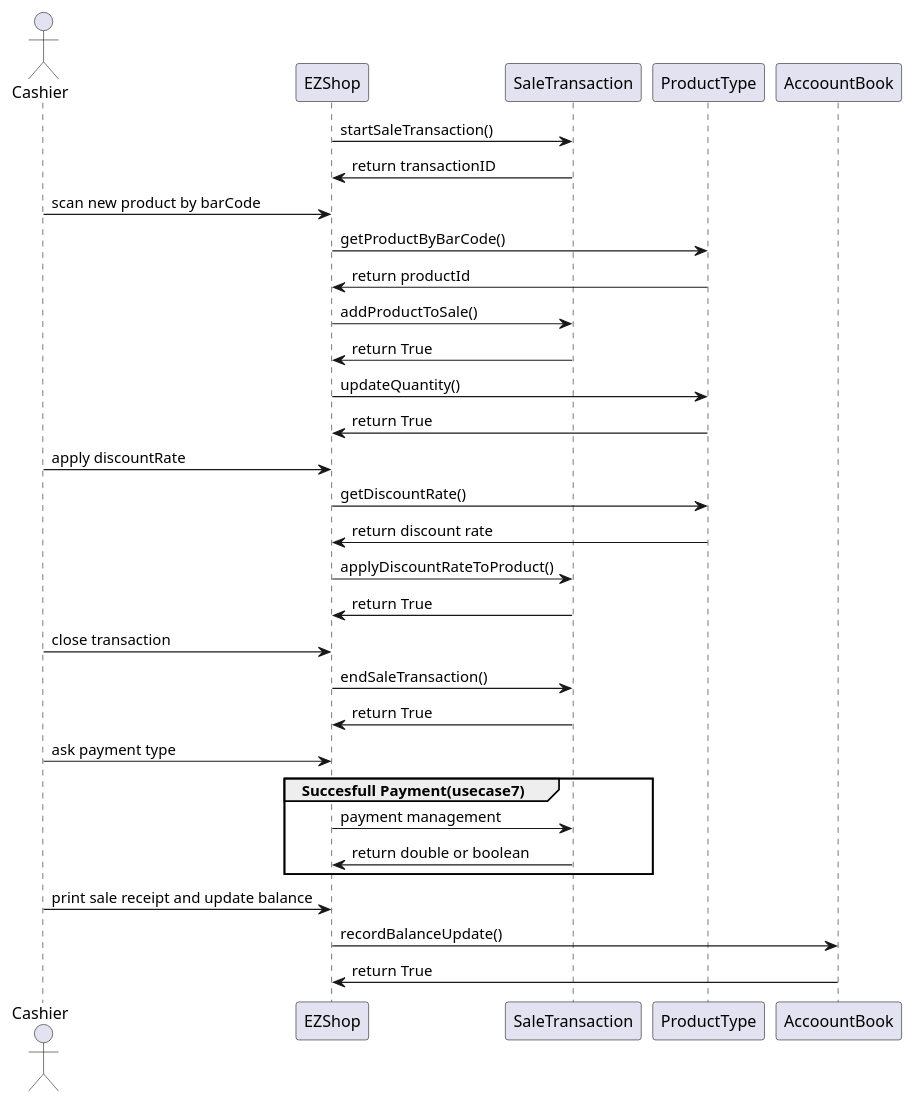
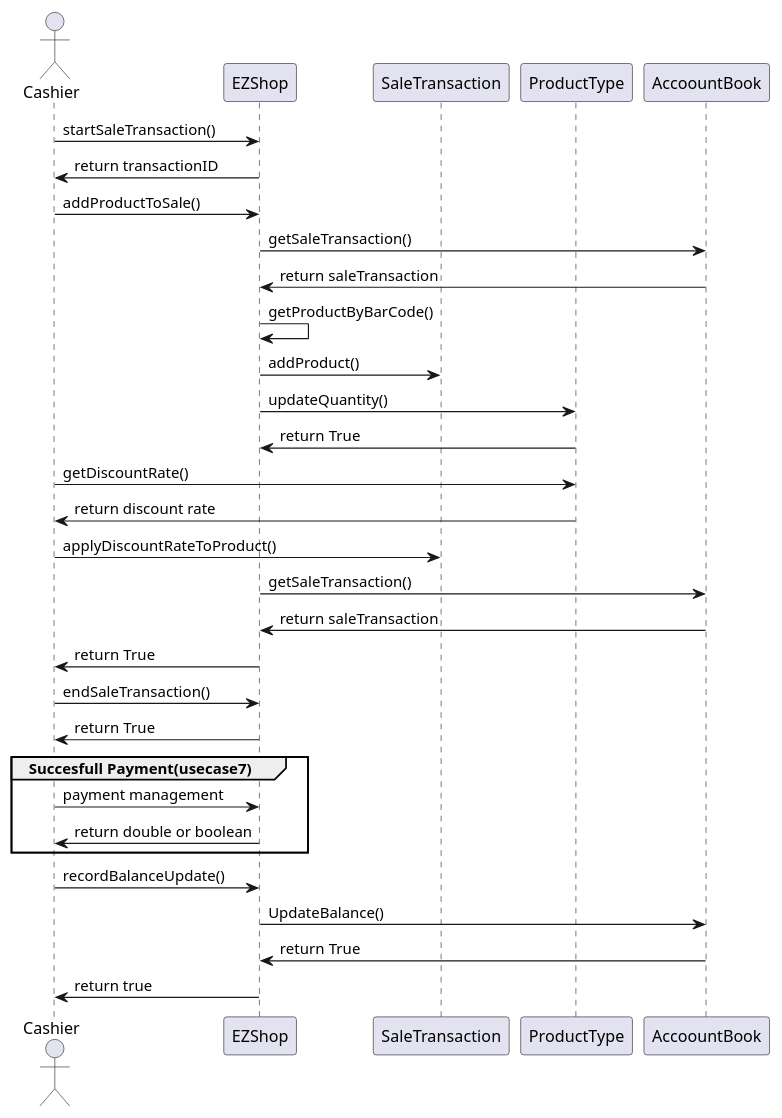
The sixth of 10 diagrams in Deliverables/DesignDocument.md (BMike10/EzShop), drawn with PlantUML before and after one commit. The commit also changed other lines of this file, not shown here.

````diff
--- a/Deliverables/DesignDocument.md
+++ b/Deliverables/DesignDocument.md
@@ -374,46 +375,49 @@
 ```plantuml
 @startuml
-'l'actor non può usare i metodi di EZShop ma solo eseguire azioni che gli competono, ad esempio cliccare su un pulsante e cosi via, dopo di che questa si trasforma in una chiamata ad un metodo in ezshop
-'Inoltre tutte quelle che rappresentano precondition e post condition non devono essere visualizzate(login..)
+
 actor "Cashier" as c
 participant EZShop as ezs
 participant SaleTransaction as st
 participant ProductType as pt
 participant AccoountBook as ab
 ' start new sale transaction
-ezs -> st: startSaleTransaction()
-st -> ezs:return transactionID
-' get product by barCode
-c -> ezs:scan new product by barCode
-ezs -> pt:getProductByBarCode()
-pt -> ezs:return productId
+c -> ezs: startSaleTransaction()
+ezs -> c:return transactionID
+'pt -> ezs:return productId
 ' add new product to saleTransaction(succesfull)
 ' update available quantity(succesfull)
-ezs -> st:addProductToSale()
-st -> ezs:return True
+c -> ezs:addProductToSale()
+' get product by barCode
+ezs -> ab:getSaleTransaction()
+ab -> ezs:return saleTransaction
+ezs -> ezs:getProductByBarCode()
+'add product to saleTransaction
+ezs -> st:addProduct()
+'update quantity product
 ezs -> pt:updateQuantity()
 pt -> ezs:return True
 ' cashier applies a discount
-c -> ezs: apply discountRate
-ezs -> pt:getDiscountRate()
-pt -> ezs:return discount rate
+c -> pt:getDiscountRate()
+pt -> c:return discount rate
 ' apply discount rate to product(succesfull)
-ezs -> st:applyDiscountRateToProduct()
-st ->ezs:return True
+c -> st:applyDiscountRateToProduct()
+ezs -> ab:getSaleTransaction()
+ab -> ezs:return saleTransaction
+ezs ->c:return True
 ' cashier closes a transaction(succesfull)
-c -> ezs: close transaction
-ezs -> st: endSaleTransaction()
-st -> ezs: return True
+c -> ezs: endSaleTransaction()
+ezs -> c: return True
 'cashier asks for payment type
-c -> ezs:ask payment type
 group Succesfull Payment(usecase7)
-    ezs -> st:payment management
-    st -> ezs: return double or boolean
+    c -> ezs:payment management
+    ezs -> c: return double or boolean
 end
 'update of balance(succesfull)
-c ->ezs: print sale receipt and update balance
-ezs -> ab:recordBalanceUpdate()
+c -> ezs:recordBalanceUpdate()
+ezs -> ab:UpdateBalance()
 ab -> ezs:return True
+ezs -> c:return true
+
 
 @enduml
 ```
````
